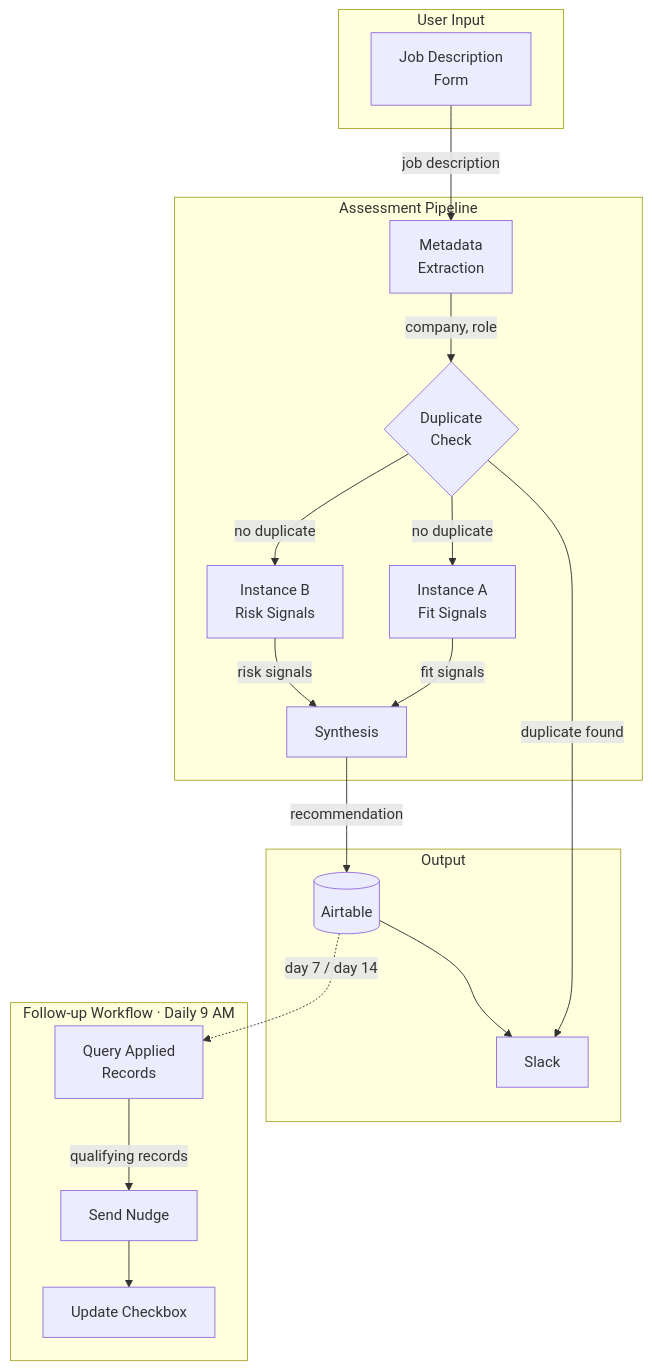
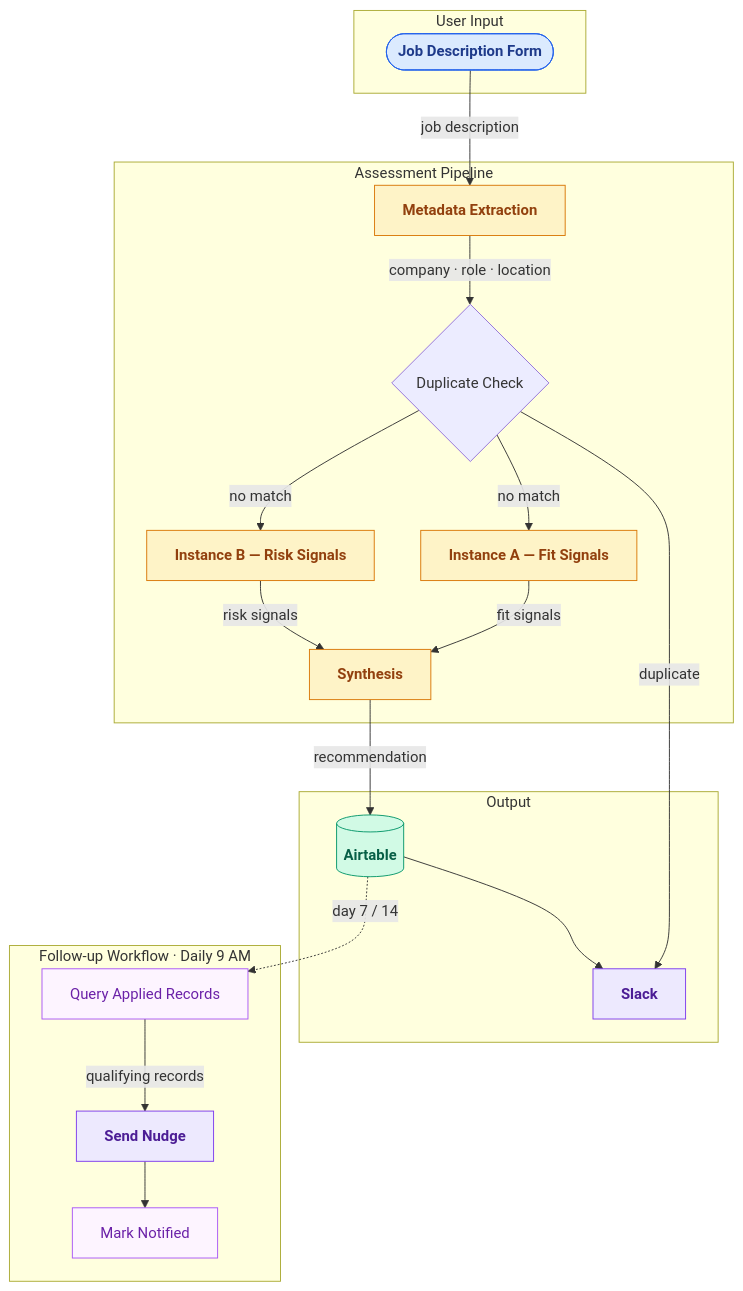
One commit to rlin25/LokisWand changed the diagram in README.md. Above: the diagram before and after it, drawn with Mermaid. The commit also changed other lines of this file and 2 other files, not shown here.

Commit message:
Restyle Mermaid diagrams with classDef color coding
Apply color-coded classDef styling to both diagrams:
- Architecture diagram: amber=Claude API calls, green=Airtable, purple=Slack,
  blue=user entry, violet=follow-up state; shaped nodes (stadium for form trigger,
  cylinder for Airtable, rhombus for duplicate check)
- File flow diagram: amber=prompts, green=profile doc, blue=n8n workflows
- Added italic color-key captions below each diagram

Update 06_generate_diagrams.md with Styling section: standard 8-color palette,
classDef syntax example, node shape conventions, and hard constraint against
unstyled diagrams

````diff
--- a/README.md
+++ b/README.md
@@ -19,37 +19,43 @@
 ```mermaid
 flowchart TD
+    classDef claude  fill:#FEF3C7,stroke:#D97706,color:#92400E,font-weight:bold
+    classDef store   fill:#D1FAE5,stroke:#059669,color:#065F46,font-weight:bold
+    classDef notify  fill:#EDE9FE,stroke:#7C3AED,color:#4C1D95,font-weight:bold
+    classDef entry   fill:#DBEAFE,stroke:#2563EB,color:#1E3A8A,font-weight:bold
+    classDef track   fill:#FDF4FF,stroke:#A855F7,color:#6B21A8
+
     subgraph input["User Input"]
-        A["Job Description\nForm"]
+        A(["Job Description Form"]):::entry
     end
 
     subgraph pipeline["Assessment Pipeline"]
-        B["Metadata\nExtraction"]
-        C{"Duplicate\nCheck"}
-        D["Instance A\nFit Signals"]
-        E["Instance B\nRisk Signals"]
-        F["Synthesis"]
+        B["Metadata Extraction"]:::claude
+        C{"Duplicate Check"}
+        D["Instance A — Fit Signals"]:::claude
+        E["Instance B — Risk Signals"]:::claude
+        F["Synthesis"]:::claude
     end
 
     subgraph outputs["Output"]
-        G[("Airtable")]
-        H["Slack"]
+        G[("Airtable")]:::store
+        H["Slack"]:::notify
     end
 
-    subgraph nudge["Follow-up Workflow · Daily 9 AM"]
-        I["Query Applied\nRecords"]
-        J["Send Nudge"]
-        K["Update Checkbox"]
+    subgraph followup["Follow-up Workflow · Daily 9 AM"]
+        I["Query Applied Records"]:::track
+        J["Send Nudge"]:::notify
+        K["Mark Notified"]:::track
     end
 
     A -->|"job description"| B
-    B -->|"company, role"| C
-    C -->|"no duplicate"| D & E
-    C -->|"duplicate found"| H
+    B -->|"company · role · location"| C
+    C -->|"no match"| D & E
+    C -->|"duplicate"| H
     D -->|"fit signals"| F
     E -->|"risk signals"| F
     F -->|"recommendation"| G
     G --> H
-    G -.->|"day 7 / day 14"| I
+    G -.->|"day 7 / 14"| I
     I -->|"qualifying records"| J
     J --> K
 ```
````
